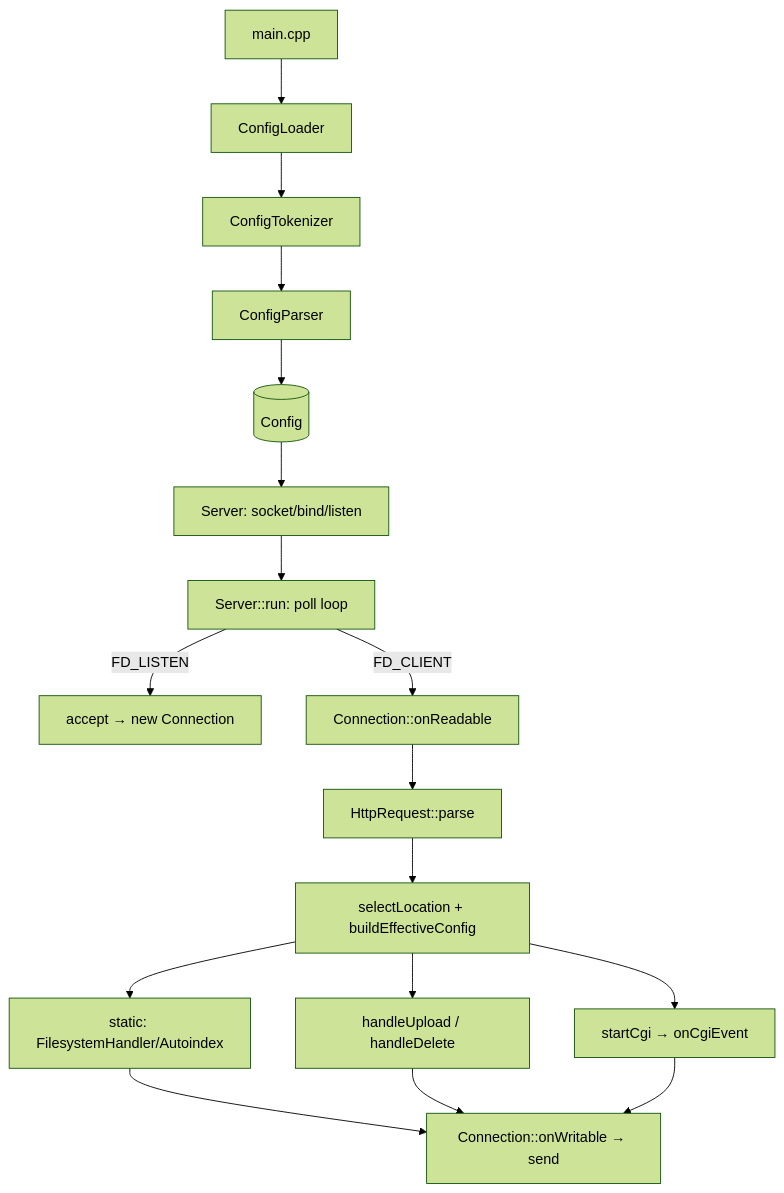
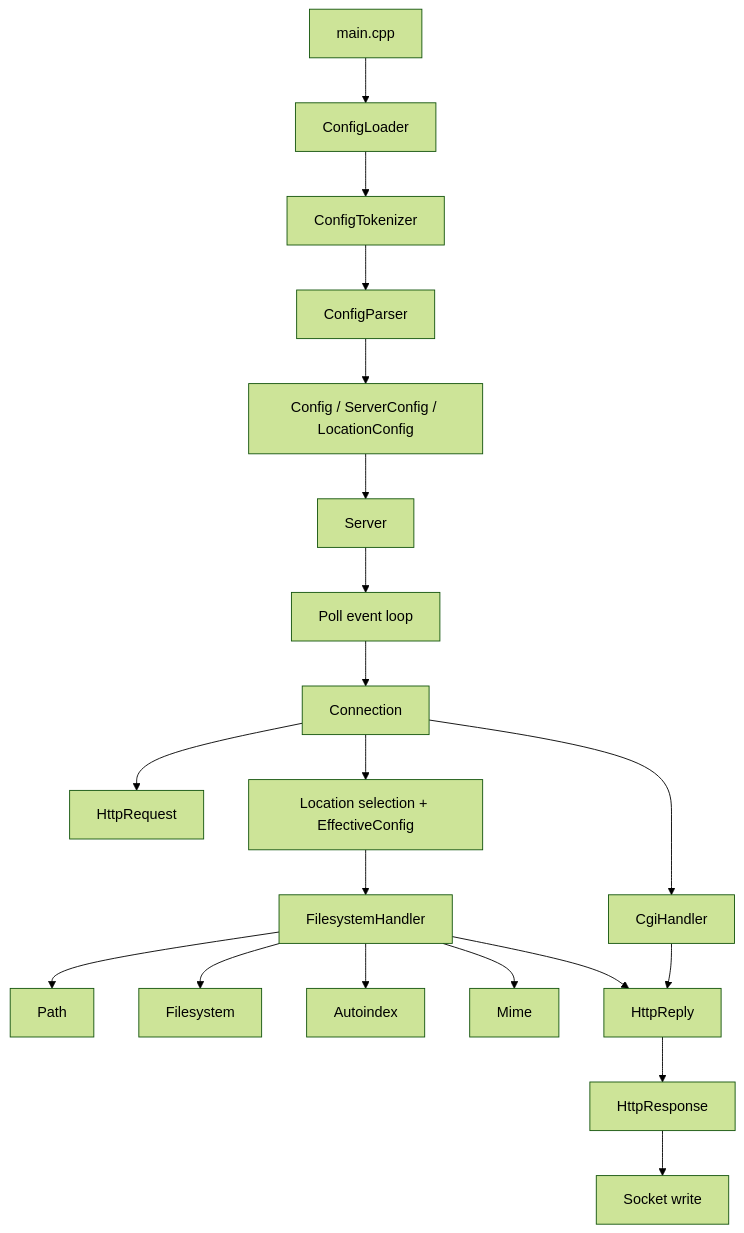
Before and after one commit to Knowledge82/webserv: the first of 5 diagrams in README.md, drawn with Mermaid (forest theme). The commit also changed other lines of this file, not shown here.

````diff
--- a/README.md
+++ b/README.md
@@ -1007,14 +54,25 @@
 ```mermaid
 flowchart TD
-    M[main.cpp] --> L[ConfigLoader] --> TK[ConfigTokenizer] --> PP[ConfigParser] --> CFG[(Config)]
-    CFG --> SRV[Server: socket/bind/listen]
-    SRV --> RUN[Server::run: poll loop]
-    RUN -->|FD_LISTEN| ACC[accept → new Connection]
-    RUN -->|FD_CLIENT| RD[Connection::onReadable]
-    RD --> PARSE[HttpRequest::parse]
-    PARSE --> ROUTE[selectLocation + buildEffectiveConfig]
-    ROUTE --> STAT[static: FilesystemHandler/Autoindex]
-    ROUTE --> UPD[handleUpload / handleDelete]
-    ROUTE --> CGI[startCgi → onCgiEvent]
-    STAT & UPD & CGI --> WR[Connection::onWritable → send]
+ MAIN[main.cpp] --> LOADER[ConfigLoader]
+ LOADER --> TOKENIZER[ConfigTokenizer]
+ TOKENIZER --> PARSER[ConfigParser]
+ PARSER --> CONFIG[Config / ServerConfig / LocationConfig]
+
+ CONFIG --> SERVER[Server]
+ SERVER --> POLL[Poll event loop]
+ POLL --> CONN[Connection]
+
+ CONN --> REQ[HttpRequest]
+ CONN --> ROUTE[Location selection + EffectiveConfig]
+ ROUTE --> FS[FilesystemHandler]
+ FS --> PATH[Path]
+ FS --> FILESYS[Filesystem]
+ FS --> AUTO[Autoindex]
+ FS --> MIME[Mime]
+
+ CONN --> CGI[CgiHandler]
+ FS --> REPLY[HttpReply]
+ CGI --> REPLY
+ REPLY --> RESP[HttpResponse]
+ RESP --> OUT[Socket write]
 ```
````
